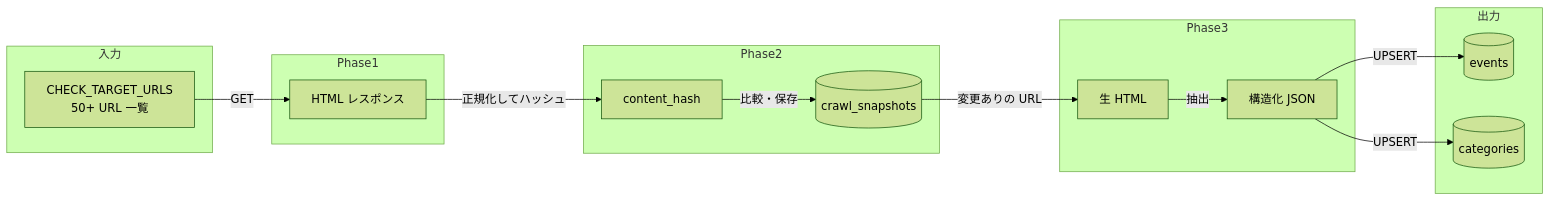
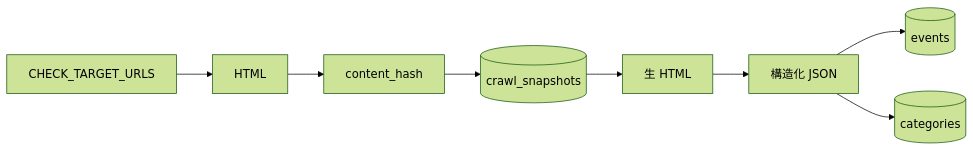
The fourth of 9 diagrams in docs/SPEC_BACKEND_FLOW.md (bokuno-studio/YabaiTravel), drawn with Mermaid (forest theme) before and after one commit. The commit also changed other lines of this file and 3 other files, not shown here.

````diff
--- a/docs/SPEC_BACKEND_FLOW.md
+++ b/docs/SPEC_BACKEND_FLOW.md
@@ -50,33 +84,10 @@
 ```mermaid
 flowchart LR
-    subgraph 入力
-        URL[CHECK_TARGET_URLS<br/>50+ URL 一覧]
-    end
-
-    subgraph Phase1
-        HTML[HTML レスポンス]
-    end
-
-    subgraph Phase2
-        HASH[content_hash]
-        SNAP[(crawl_snapshots)]
-    end
-
-    subgraph Phase3
-        RAW[生 HTML]
-        JSON[構造化 JSON]
-    end
-
-    subgraph 出力
-        EVENTS[(events)]
-        CATS[(categories)]
-    end
-
-    URL -->|GET| HTML
-    HTML -->|正規化してハッシュ| HASH
-    HASH -->|比較・保存| SNAP
-    SNAP -->|変更ありの URL| RAW
-    RAW -->|抽出| JSON
-    JSON -->|UPSERT| EVENTS
-    JSON -->|UPSERT| CATS
+    URL[CHECK_TARGET_URLS] --> HTML[HTML]
+    HTML --> HASH[content_hash]
+    HASH --> SNAP[(crawl_snapshots)]
+    SNAP --> RAW[生 HTML]
+    RAW --> JSON[構造化 JSON]
+    JSON --> EVENTS[(events)]
+    JSON --> CATS[(categories)]
 ```
````
